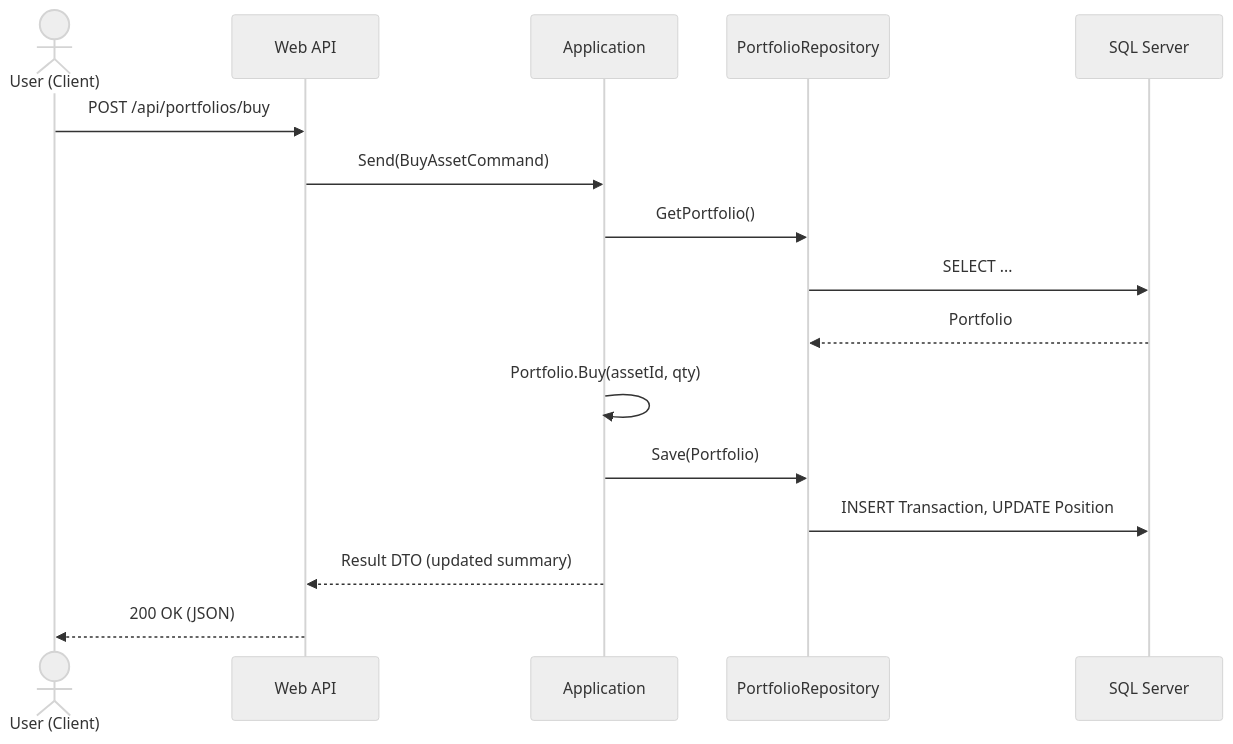
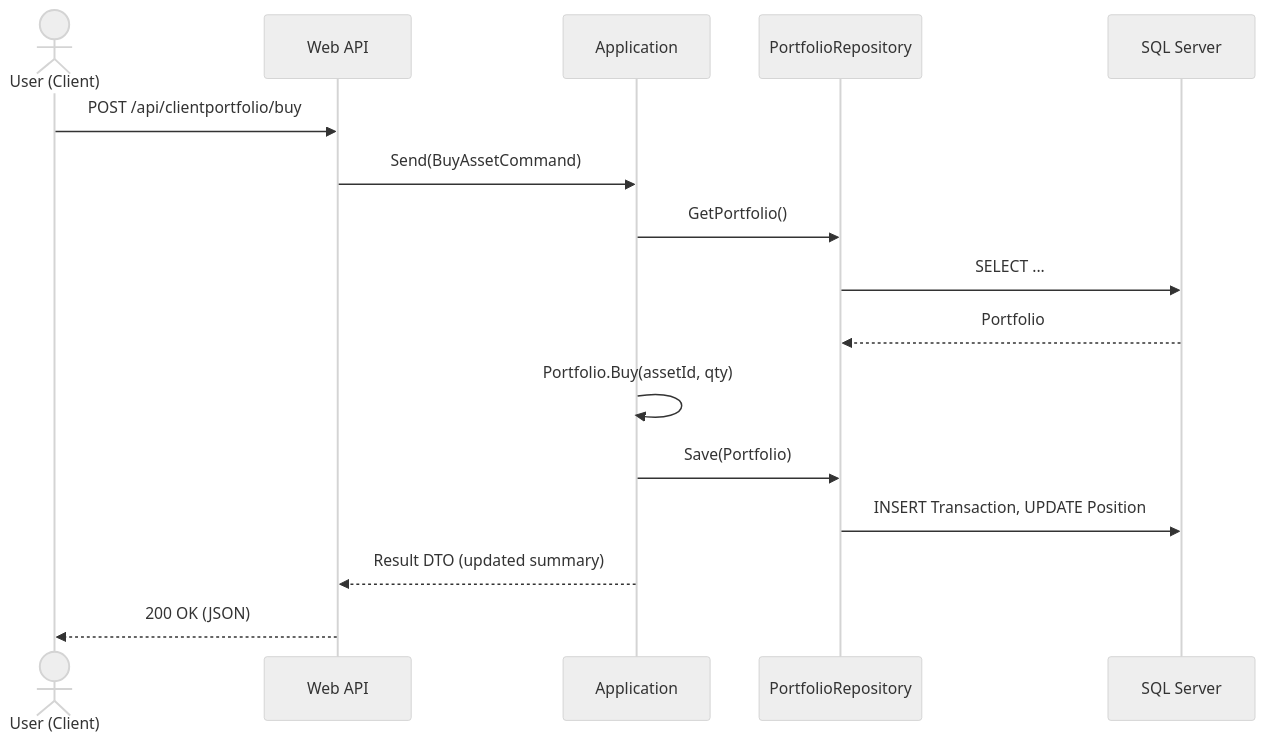
One commit to dimitargrozdanov2/Financial-Portfolio changed the diagram in Architecture.md. Above: the diagram before and after it, drawn with Mermaid (neutral theme).

````diff
--- a/Architecture.md
+++ b/Architecture.md
@@ -105,19 +105,19 @@
 ```mermaid
 sequenceDiagram
     actor U as User (Client)
     participant API as Web API
     participant App as Application
     participant Repo as PortfolioRepository
     participant DB as SQL Server
 
-    U->>API: POST /api/portfolios/buy
+    U->>API: POST /api/clientportfolio/buy
     API->>App: Send(BuyAssetCommand)
     App->>Repo: GetPortfolio()
     Repo->>DB: SELECT ...
     DB-->>Repo: Portfolio
     App->>App: Portfolio.Buy(assetId, qty)
     App->>Repo: Save(Portfolio)
     Repo->>DB: INSERT Transaction, UPDATE Position
     App-->>API: Result DTO (updated summary)
     API-->>U: 200 OK (JSON)
 ```
````
